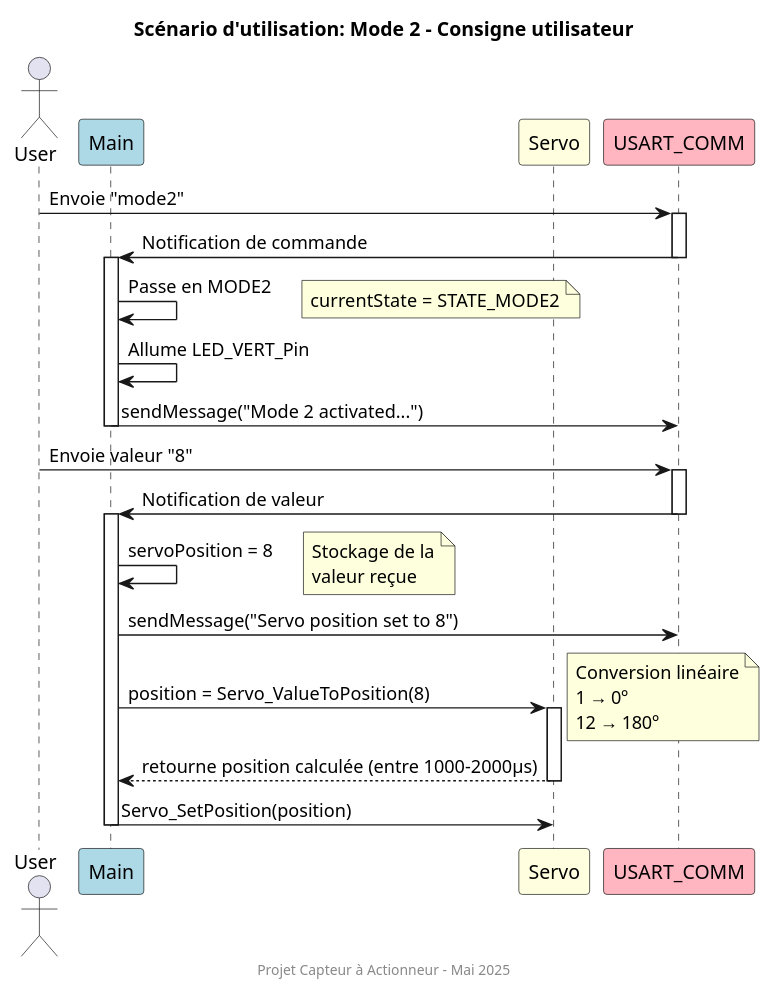
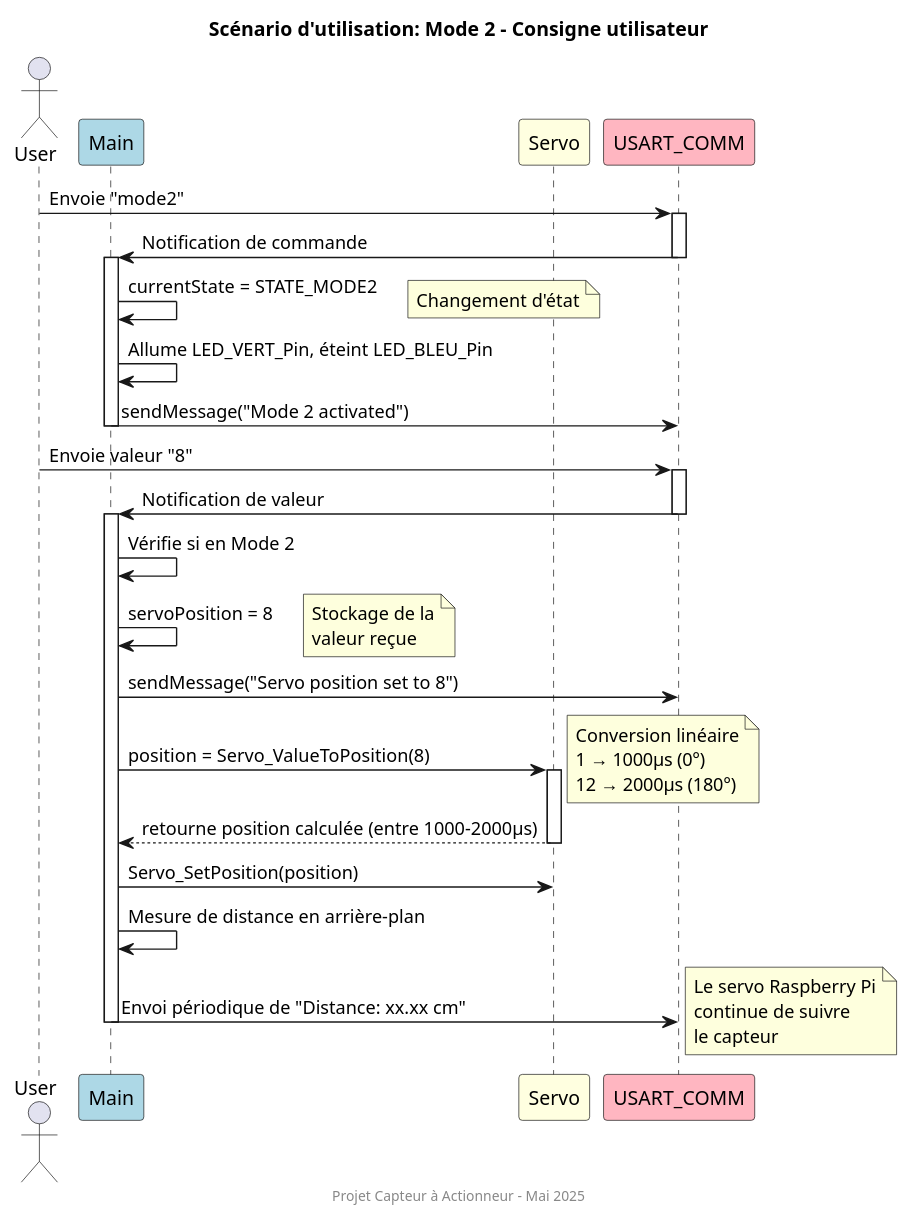
The diagram in doc-README/DS-Mode2Scenario.puml (AzTaiiyoo/Capteur_actionneur), drawn with PlantUML before and after one commit. The commit also changed 7 other files, not shown here.

```diff
--- a/doc-README/DS-Mode2Scenario.puml
+++ b/doc-README/DS-Mode2Scenario.puml
@@ -1,45 +1,52 @@
 @startuml
 ' Participants (modules) avec couleurs
 actor "User" as User
 participant "Main" as Main #LightBlue
 participant "Servo" as Servo #LightYellow
 participant "USART_COMM" as USART #LightPink
 
 title Scénario d'utilisation: Mode 2 - Consigne utilisateur
 
 ' Activation du Mode 2
 User -> USART: Envoie "mode2"
 activate USART
 USART -> Main: Notification de commande
 deactivate USART
 activate Main
 
-Main -> Main: Passe en MODE2
-note right: currentState = STATE_MODE2
-Main -> Main: Allume LED_VERT_Pin
-Main -> USART: sendMessage("Mode 2 activated...")
+Main -> Main: currentState = STATE_MODE2
+note right: Changement d'état
+Main -> Main: Allume LED_VERT_Pin, éteint LED_BLEU_Pin
+Main -> USART: sendMessage("Mode 2 activated")
 deactivate Main
 
 ' Envoi d'une valeur de position
 User -> USART: Envoie valeur "8"
 activate USART
 USART -> Main: Notification de valeur
 deactivate USART
 activate Main
 
+Main -> Main: Vérifie si en Mode 2
 Main -> Main: servoPosition = 8
 note right: Stockage de la\nvaleur reçue
 Main -> USART: sendMessage("Servo position set to 8")
 
 ' Calcul et application de la position
 Main -> Servo: position = Servo_ValueToPosition(8)
 activate Servo
-note right: Conversion linéaire\n1 → 0°\n12 → 180°
+note right: Conversion linéaire\n1 → 1000µs (0°)\n12 → 2000µs (180°)
 Servo --> Main: retourne position calculée (entre 1000-2000µs)
 deactivate Servo
 Main -> Servo: Servo_SetPosition(position)
+
+' Continuer à mesurer et envoyer la distance
+Main -> Main: Mesure de distance en arrière-plan
+Main -> USART: Envoi périodique de "Distance: xx.xx cm"
+note right: Le servo Raspberry Pi\ncontinue de suivre\nle capteur
+
 deactivate Main
 
 footer Projet Capteur à Actionneur – Mai 2025
 
 @enduml
```
